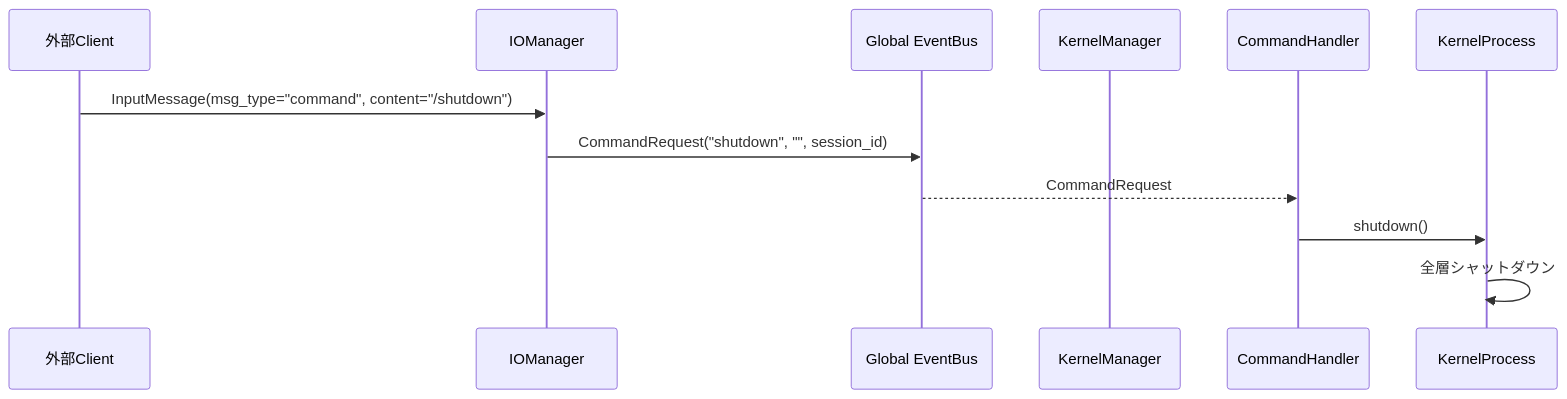
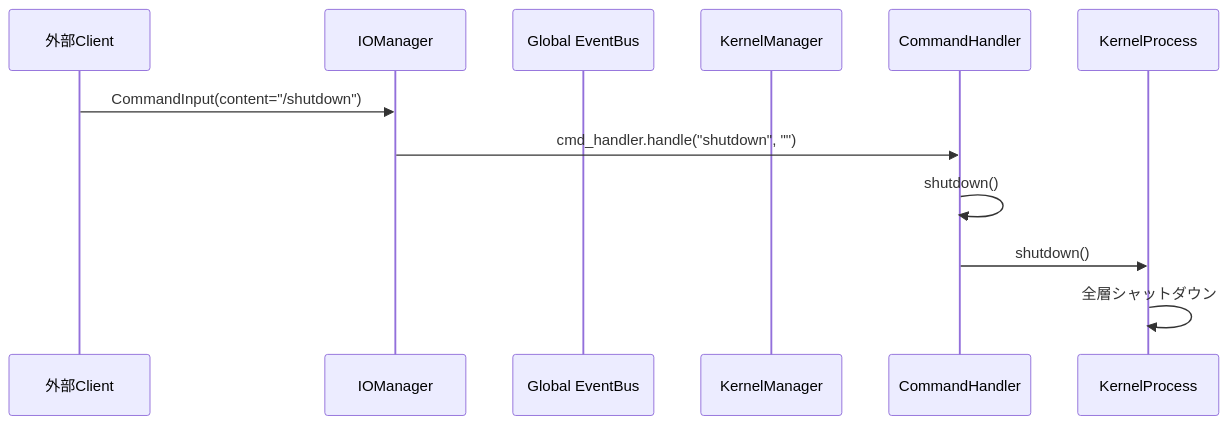
The diagram in docs/kernel-layer.md (ibukani/iris-mind), drawn with Mermaid before and after one commit. The commit also changed other lines of this file and 10 other files, not shown here.

````diff
--- a/docs/kernel-layer.md
+++ b/docs/kernel-layer.md
@@ -122,16 +120,16 @@
 ```mermaid
 sequenceDiagram
     participant TCP as 外部Client
     participant IO as IOManager
     participant EB as Global EventBus
     participant KRN as KernelManager
     participant CMD as CommandHandler
     participant PROC as KernelProcess
 
-    TCP->>IO: InputMessage(msg_type="command", content="/shutdown")
-    IO->>EB: CommandRequest("shutdown", "", session_id)
-    EB-->>CMD: CommandRequest
+    TCP->>IO: CommandInput(content="/shutdown")
+    IO->>CMD: cmd_handler.handle("shutdown", "")
+    CMD->>CMD: shutdown()
 
     CMD->>PROC: shutdown()
     PROC->>PROC: 全層シャットダウン
 ```
````
